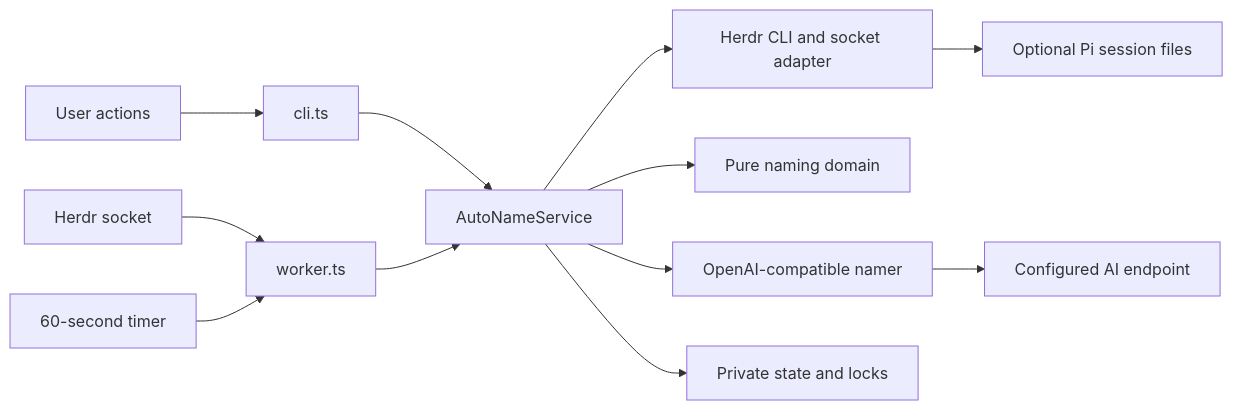
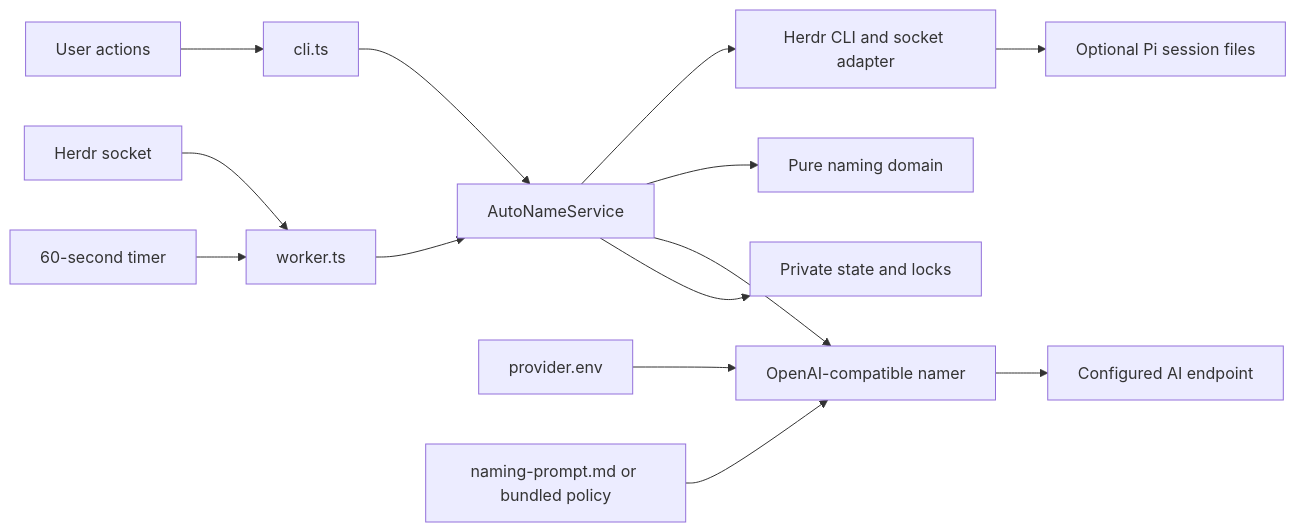
Before and after one commit to iurysza/herdr-tab-smart-rename: the first of 2 diagrams in ai-artifacts/ARCHITECTURE.md, drawn with Mermaid. The commit also changed other lines of this file and 2 other files, not shown here.

Commit message:
docs: explain provider and prompt customization

````diff
--- a/ai-artifacts/ARCHITECTURE.md
+++ b/ai-artifacts/ARCHITECTURE.md
@@ -9,14 +9,16 @@
 ```mermaid
 flowchart LR
     U[User actions] --> CLI[cli.ts]
     HS[Herdr socket] --> W[worker.ts]
     T[60-second timer] --> W
     CLI --> S[AutoNameService]
     W --> S
     S --> H[Herdr CLI and socket adapter]
     S --> D[Pure naming domain]
     S --> N[OpenAI-compatible namer]
     S --> F[Private state and locks]
     H --> P[Optional Pi session files]
+    PC[provider.env] --> N
+    NP[naming-prompt.md or bundled policy] --> N
     N --> API[Configured AI endpoint]
 ```
````
